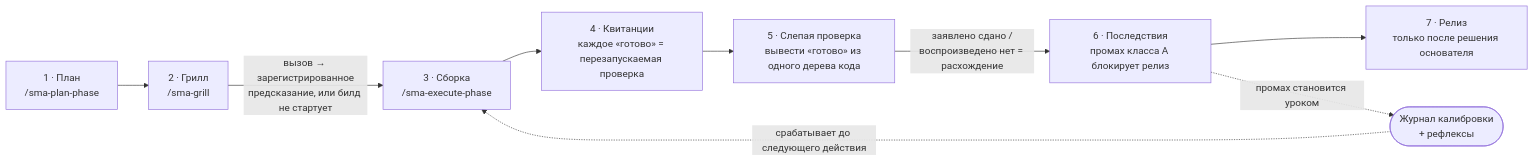
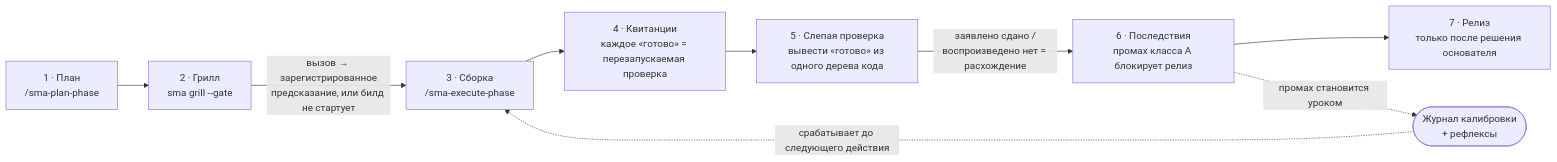
Before and after one commit to sma-framework/sma: diagram 11 of 24 in docs/DETAILS.ru.md, drawn with Mermaid. The commit also changed other lines of this file and 1 other file, not shown here.

````diff
--- a/docs/DETAILS.ru.md
+++ b/docs/DETAILS.ru.md
@@ -425,11 +425,11 @@
 ```mermaid
 flowchart LR
-    P["1 · План<br>/sma-plan-phase"] --> G["2 · Грилл<br>/sma-grill"]
+    P["1 · План<br>/sma-plan-phase"] --> G["2 · Грилл<br>sma grill --gate"]
     G -->|"вызов → зарегистрированное<br>предсказание, или билд не стартует"| B["3 · Сборка<br>/sma-execute-phase"]
     B --> R["4 · Квитанции<br>каждое «готово» = перезапускаемая проверка"]
     R --> BV["5 · Слепая проверка<br>вывести «готово» из одного дерева кода"]
     BV -->|"заявлено сдано /<br>воспроизведено нет = расхождение"| C["6 · Последствия<br>промах класса A блокирует релиз"]
     C --> S["7 · Релиз<br>только после решения основателя"]
     C -.->|"промах становится уроком"| M(["Журнал калибровки<br>+ рефлексы"])
     M -.->|"срабатывает до следующего действия"| B
 ```
````
